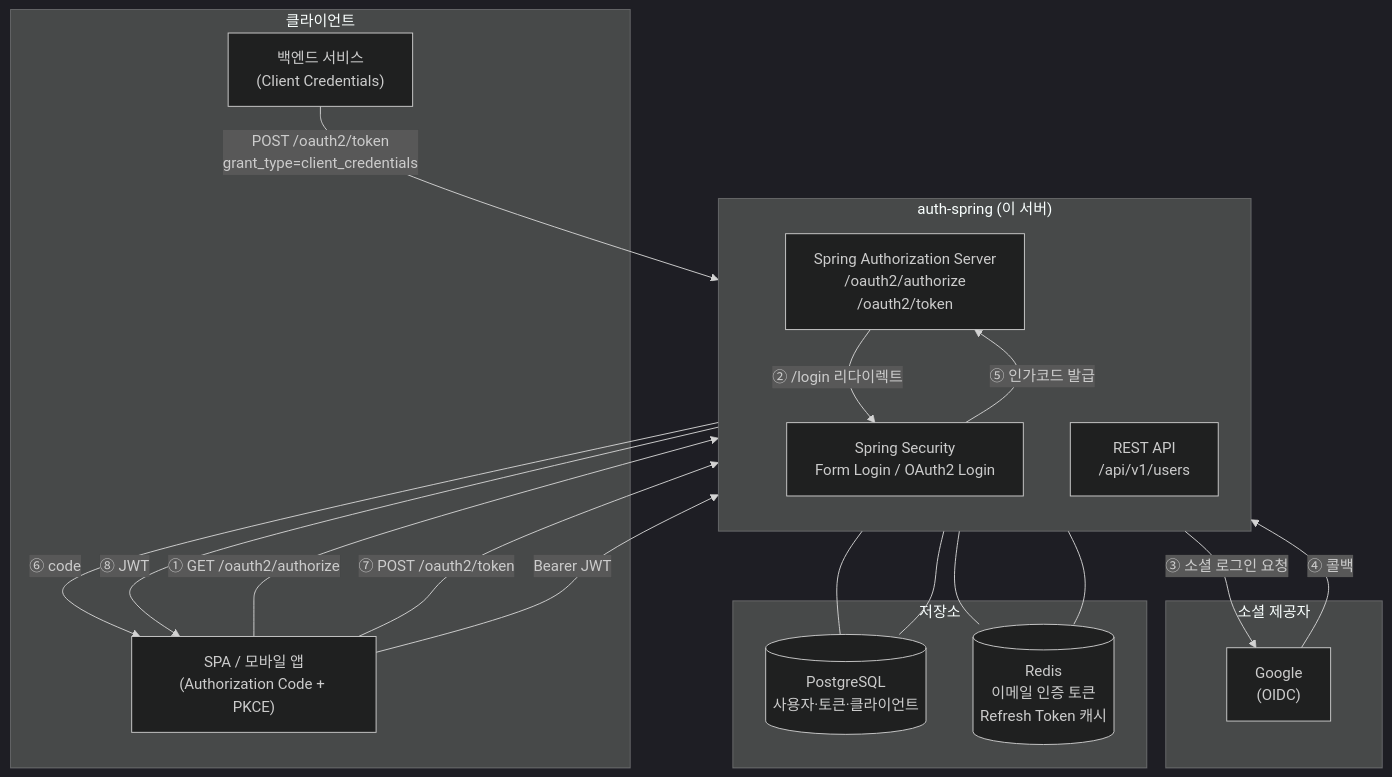
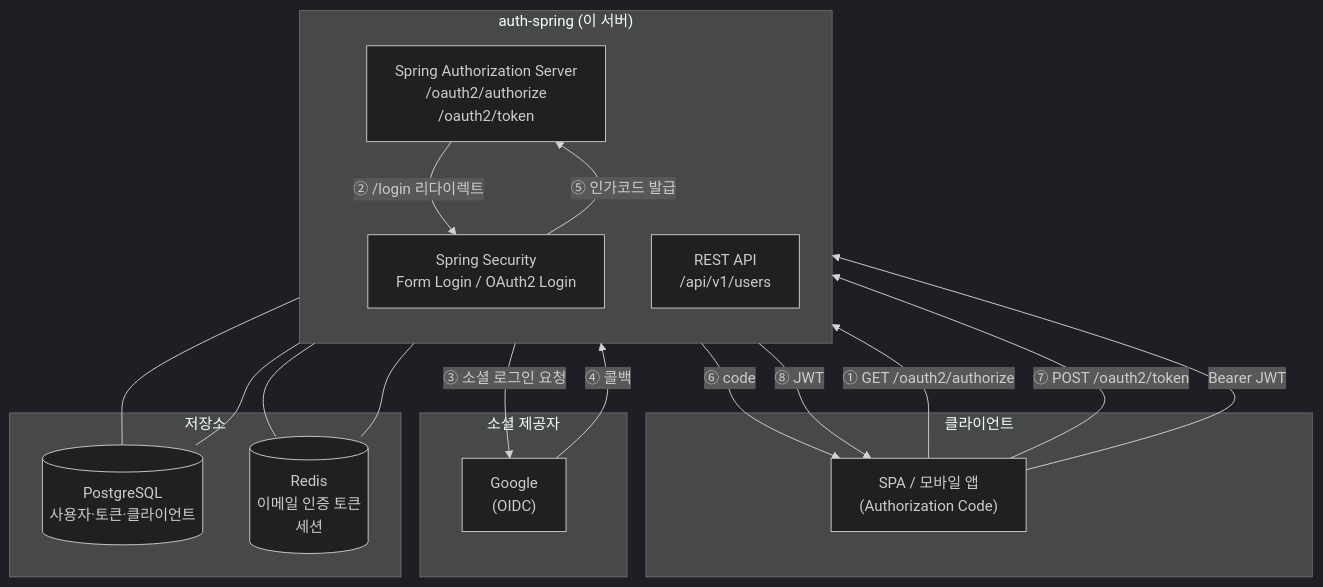
One commit to dodudi/rudy-project changed the first of 5 diagrams in auth-spring/README.md. Above: the diagram before and after it, drawn with Mermaid (dark theme). The commit also changed other lines of this file, not shown here.

````diff
--- a/auth-spring/README.md
+++ b/auth-spring/README.md
@@ -22,40 +21,37 @@
 ```mermaid
 graph TB
     subgraph Clients["클라이언트"]
-        SPA["SPA / 모바일 앱<br/>(Authorization Code + PKCE)"]
-        SVC["백엔드 서비스<br/>(Client Credentials)"]
+        SPA["SPA / 모바일 앱<br/>(Authorization Code)"]
     end
 
     subgraph AuthServer["auth-spring (이 서버)"]
         direction TB
         AS["Spring Authorization Server<br/>/oauth2/authorize<br/>/oauth2/token"]
         SEC["Spring Security<br/>Form Login / OAuth2 Login"]
         API["REST API<br/>/api/v1/users"]
     end
 
     subgraph Social["소셜 제공자"]
         GOOGLE["Google<br/>(OIDC)"]
     end
 
     subgraph Storage["저장소"]
         PG[("PostgreSQL<br/>사용자·토큰·클라이언트")]
-        REDIS[("Redis<br/>이메일 인증 토큰<br/>Refresh Token 캐시")]
+        REDIS[("Redis<br/>이메일 인증 토큰<br/>세션")]
     end
 
     SPA -->|"① GET /oauth2/authorize"| AS
     AS -->|"② /login 리다이렉트"| SEC
     SEC -->|"③ 소셜 로그인 요청"| GOOGLE
     GOOGLE -->|"④ 콜백"| SEC
     SEC -->|"⑤ 인가코드 발급"| AS
     AS -->|"⑥ code"| SPA
     SPA -->|"⑦ POST /oauth2/token"| AS
     AS -->|"⑧ JWT"| SPA
 
-    SVC -->|"POST /oauth2/token<br/>grant_type=client_credentials"| AS
-
     SPA -->|"Bearer JWT"| API
     API --- PG
     API --- REDIS
     AS --- PG
     AS --- REDIS
 ```
````
